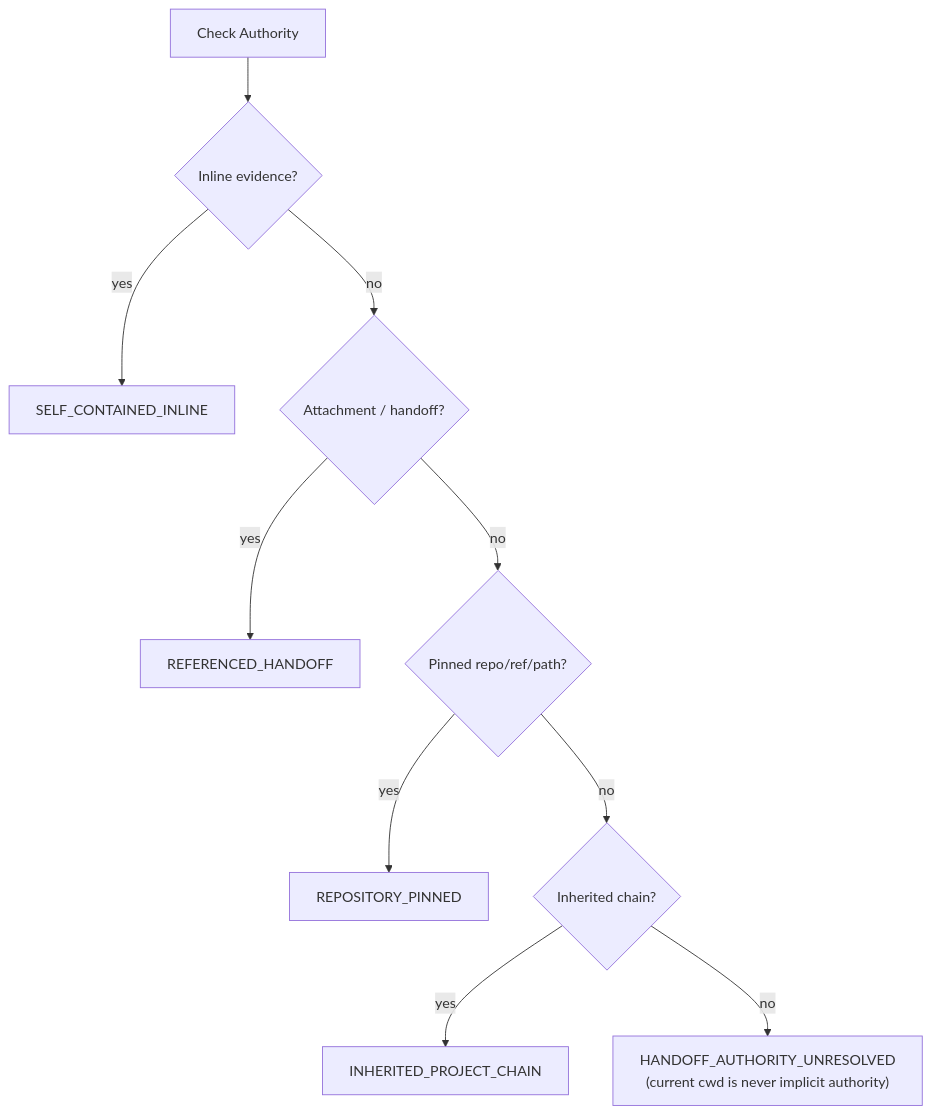
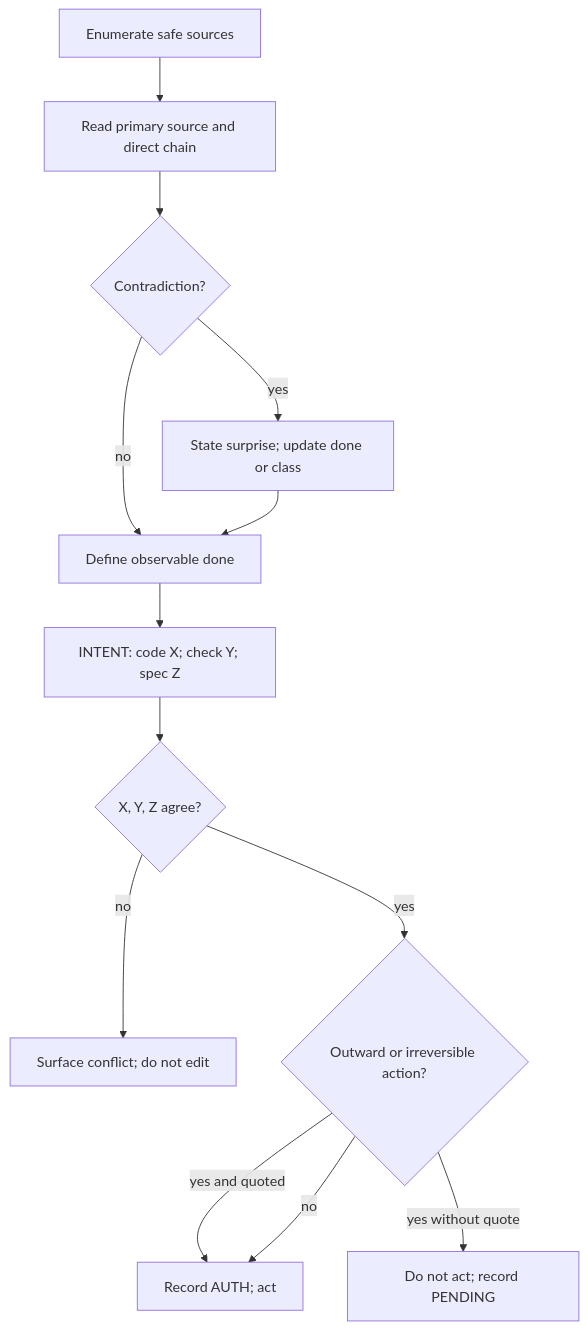
The third of 5 diagrams in fable-method/platforms/gemini/fable-method/references/flowcharts.md (kelvinhuang0327/skill), drawn with Mermaid before and after one commit. The commit also changed other lines of this file and 63 other files, not shown here.

````diff
--- a/fable-method/platforms/gemini/fable-method/references/flowcharts.md
+++ b/fable-method/platforms/gemini/fable-method/references/flowcharts.md
@@ -171,12 +65,15 @@
 ```mermaid
 flowchart TD
-    A["Check Authority"] --> B{"Inline evidence?"}
-    B -->|yes| OK["SELF_CONTAINED_INLINE"]
-    B -->|no| C{"Attachment / handoff?"}
-    C -->|yes| H["REFERENCED_HANDOFF"]
-    C -->|no| D{"Pinned repo/ref/path?"}
-    D -->|yes| P["REPOSITORY_PINNED"]
-    D -->|no| E{"Inherited chain?"}
-    E -->|yes| I["INHERITED_PROJECT_CHAIN"]
-    E -->|no| STOP["HANDOFF_AUTHORITY_UNRESOLVED<br/>(current cwd is never implicit authority)"]
+    ORIENT["Enumerate safe sources"] --> READ["Read primary source and direct chain"]
+    READ --> SURPRISE{"Contradiction?"}
+    SURPRISE -->|yes| ROUTE["State surprise; update done or class"]
+    SURPRISE -->|no| DONE["Define observable done"]
+    ROUTE --> DONE
+    DONE --> INTENT["INTENT: code X; check Y; spec Z"]
+    INTENT --> AGREE{"X, Y, Z agree?"}
+    AGREE -->|no| CONFLICT["Surface conflict; do not edit"]
+    AGREE -->|yes| AUTH{"Outward or irreversible action?"}
+    AUTH -->|yes and quoted| ACT["Record AUTH; act"]
+    AUTH -->|yes without quote| PEND["Do not act; record PENDING"]
+    AUTH -->|no| ACT
 ```
````
